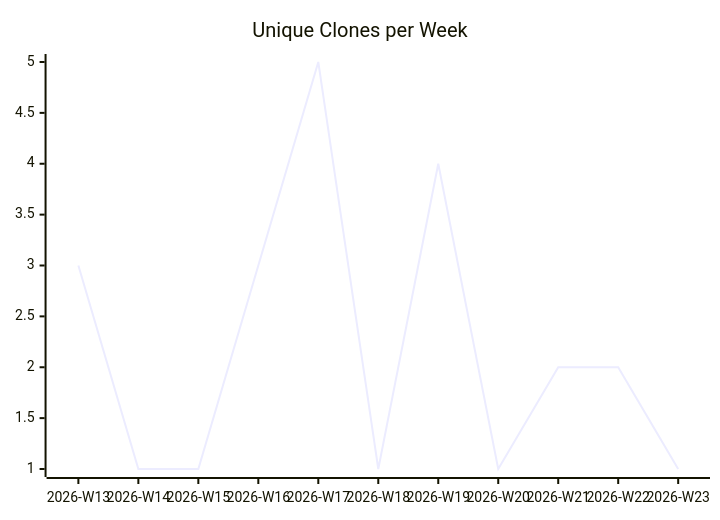
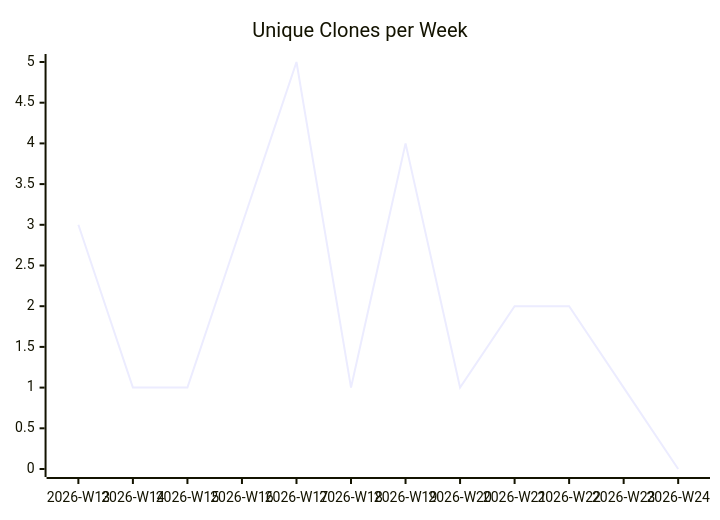
The third of 3 diagrams in karlmdavis/stockfighter-trades-solutions/README.md (justdavis-family/github-analytics-data), drawn with Mermaid before and after one commit. The commit also changed other lines of this file and 189 other files, not shown here.

````diff
--- a/karlmdavis/stockfighter-trades-solutions/README.md
+++ b/karlmdavis/stockfighter-trades-solutions/README.md
@@ -19,6 +19,6 @@
 ```mermaid
 xychart-beta
   title "Unique Clones per Week"
-  x-axis ["2026-W13", "2026-W14", "2026-W15", "2026-W16", "2026-W17", "2026-W18", "2026-W19", "2026-W20", "2026-W21", "2026-W22", "2026-W23"]
-  line [3, 1, 1, 3, 5, 1, 4, 1, 2, 2, 1]
+  x-axis ["2026-W13", "2026-W14", "2026-W15", "2026-W16", "2026-W17", "2026-W18", "2026-W19", "2026-W20", "2026-W21", "2026-W22", "2026-W23", "2026-W24"]
+  line [3, 1, 1, 3, 5, 1, 4, 1, 2, 2, 1, 0]
 ```
````
